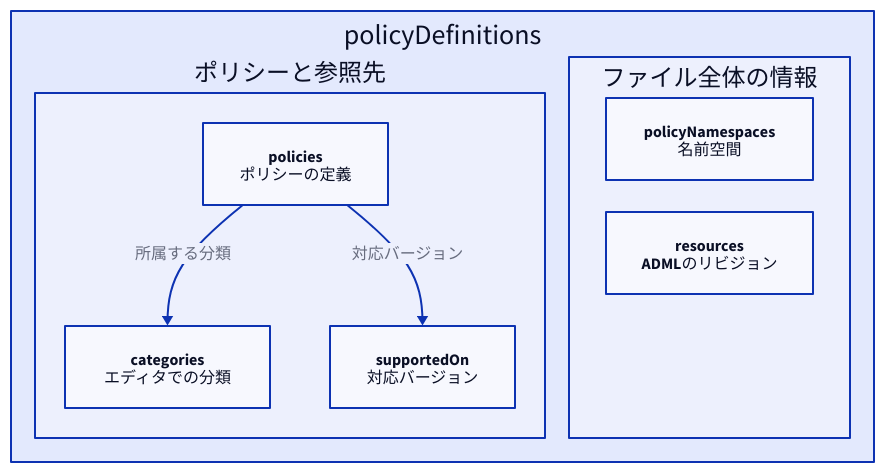
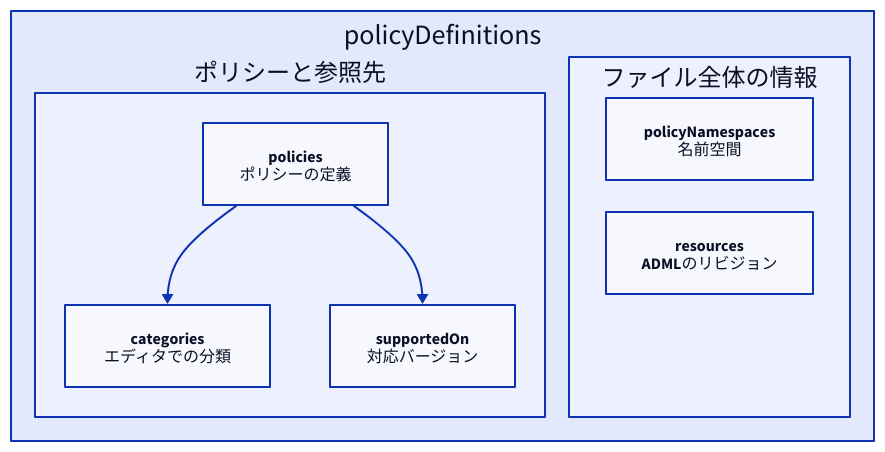
One commit to kenchan0130/kenchan0130.github.io changed the third of 7 diagrams in src/content/posts/2026-10-05-1.mdx. Above: the diagram before and after it, drawn with D2. The commit also changed other lines of this file, not shown here.

````diff
--- a/src/content/posts/2026-10-05-1.mdx
+++ b/src/content/posts/2026-10-05-1.mdx
@@ -142,20 +144,20 @@
 ```d2 title="policyDefinitionsの5つの子要素。policiesの各ポリシーがcategoriesの分類とsupportedOnの対応バージョンを参照し、policyNamespacesとresourcesはファイル全体の情報を持つ"
 admx: policyDefinitions {
   grid-columns: 2
   grid-gap: 24
   defs: ポリシーと参照先 {
     direction: down
     pol: "policies\nポリシーの定義"
     cat: "categories\nエディタでの分類"
     sup: "supportedOn\n対応バージョン"
-    pol -> cat: 所属する分類
-    pol -> sup: 対応バージョン
+    pol -> cat
+    pol -> sup
   }
   meta: ファイル全体の情報 {
     grid-rows: 2
     grid-gap: 32
     ns: "policyNamespaces\n名前空間"
     res: "resources\nADMLのリビジョン"
   }
 }
 ```
````
